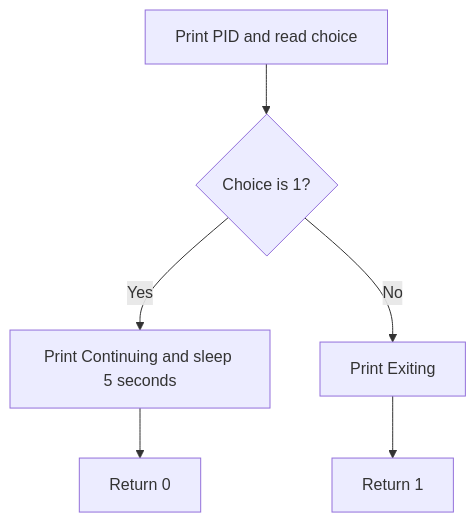
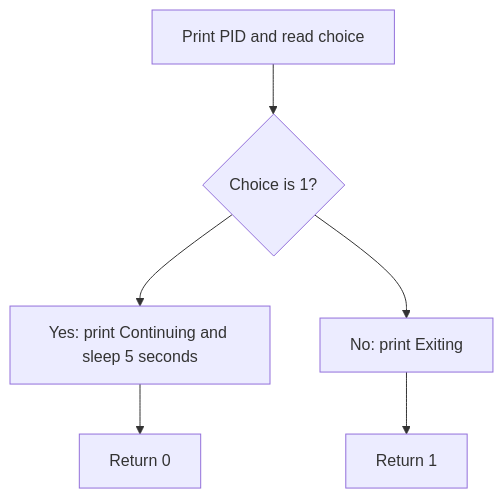
The fifth of 5 diagrams in lab-02/report.md (SantasHelperOwo/250660Atipshrestha-Labs), drawn with Mermaid before and after one commit. The commit also changed other lines of this file and 1 other file, not shown here.

````diff
--- a/lab-02/report.md
+++ b/lab-02/report.md
@@ -150,8 +150,8 @@
 ```mermaid
 flowchart TD
-    A[Print PID and read choice] --> B{Choice is 1?}
-    B -->|Yes| C[Print Continuing and sleep 5 seconds]
-    C --> D[Return 0]
-    B -->|No| E[Print Exiting]
-    E --> F[Return 1]
+    A["Print PID and read choice"] --> B{"Choice is 1?"}
+    B --> C["Yes: print Continuing and sleep 5 seconds"]
+    C --> D["Return 0"]
+    B --> E["No: print Exiting"]
+    E --> F["Return 1"]
 ```
````
